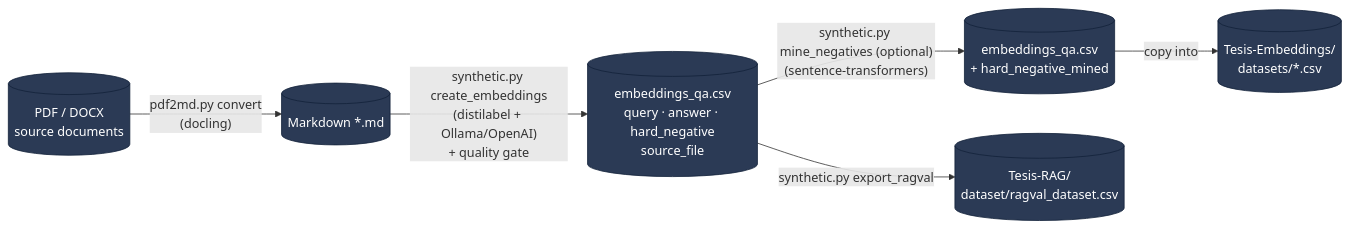
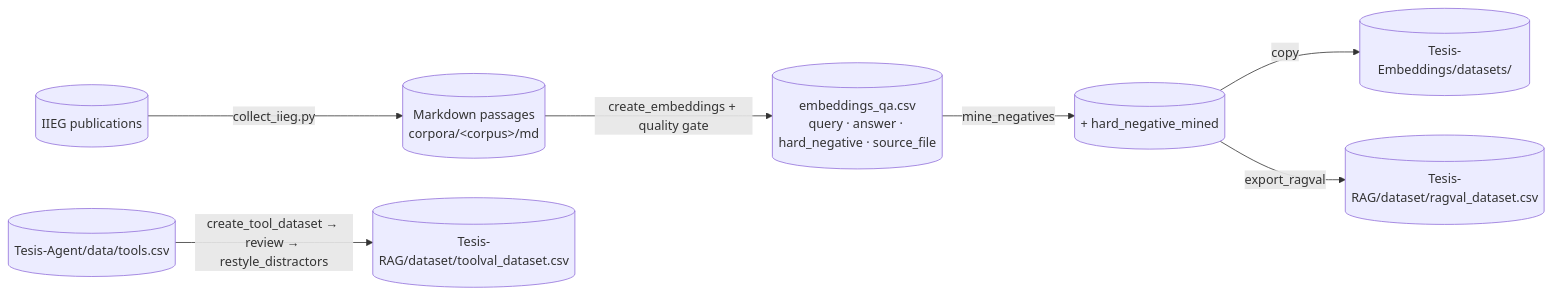
The diagram in README.md (zamax14/SyntheticDataLLM), drawn with Mermaid before and after one commit. The commit also changed other lines of this file and 1 other file, not shown here.

Commit message:
docs(readme): rewrite as self-contained project documentation, translate the corpus guide

````diff
--- a/README.md
+++ b/README.md
@@ -22,18 +36,18 @@
 ```mermaid
 flowchart LR
-    PDF[("PDF / DOCX<br/>source documents")]
-    MD[("Markdown *.md")]
-    CSV[("embeddings_qa.csv<br/>query · answer · hard_negative<br/>source_file")]
-    ENR[("embeddings_qa.csv<br/>+ hard_negative_mined")]
-    TE[("Tesis-Embeddings/<br/>datasets/*.csv")]
-    TR[("Tesis-RAG/<br/>dataset/ragval_dataset.csv")]
+    WEB[("IIEG publications")]
+    MD[("Markdown passages<br/>corpora/&lt;corpus&gt;/md")]
+    CSV[("embeddings_qa.csv<br/>query · answer · hard_negative · source_file")]
+    ENR[("+ hard_negative_mined")]
+    TE[("Tesis-Embeddings/datasets/")]
+    TR[("Tesis-RAG/dataset/ragval_dataset.csv")]
+    TOOLS[("Tesis-Agent/data/tools.csv")]
+    TV[("Tesis-RAG/dataset/toolval_dataset.csv")]
 
-    PDF -->|"pdf2md.py convert<br/>(docling)"| MD
-    MD -->|"synthetic.py create_embeddings<br/>(distilabel + Ollama/OpenAI)<br/>+ quality gate"| CSV
-    CSV -->|"synthetic.py mine_negatives (optional)<br/>(sentence-transformers)"| ENR
-    ENR -->|"copy into"| TE
-    CSV -->|"synthetic.py export_ragval"| TR
-
-    classDef data fill:#2b3a55,stroke:#12213a,color:#fff
-    class PDF,MD,CSV,ENR,TE,TR data
+    WEB -->|collect_iieg.py| MD
+    MD -->|"create_embeddings + quality gate"| CSV
+    CSV -->|mine_negatives| ENR
+    ENR -->|copy| TE
+    ENR -->|export_ragval| TR
+    TOOLS -->|"create_tool_dataset → review → restyle_distractors"| TV
 ```
````
